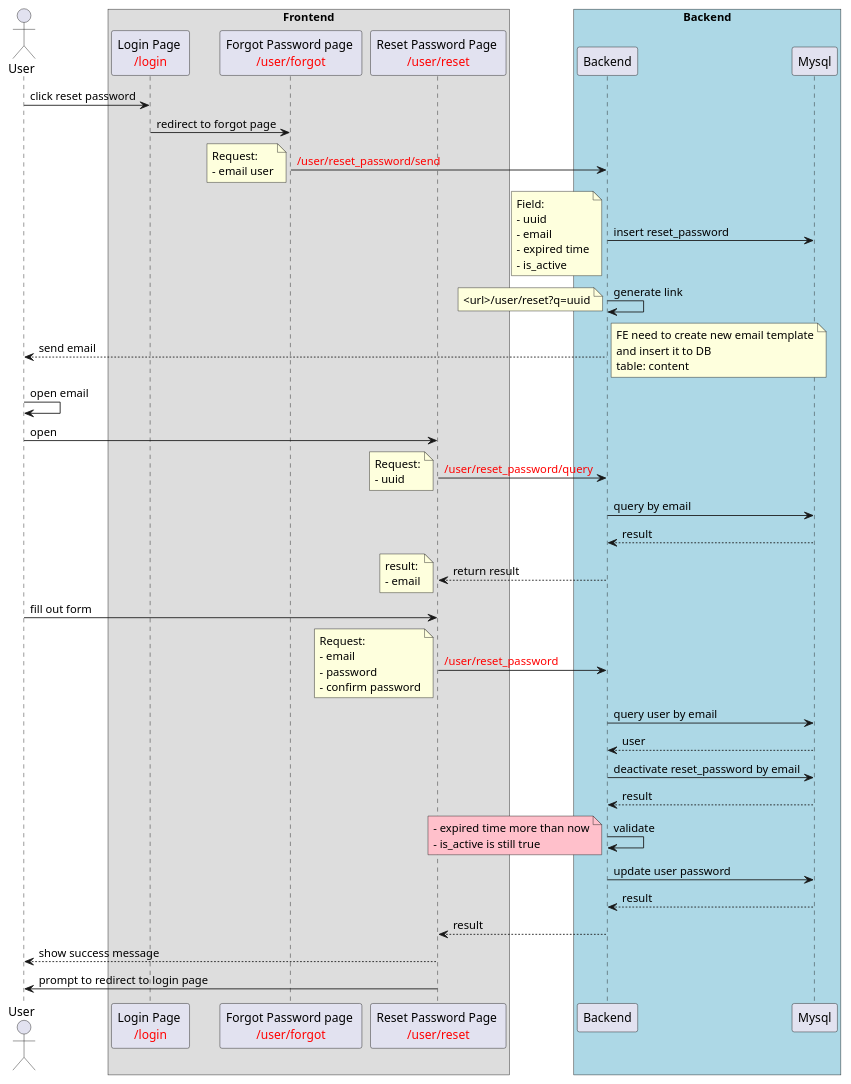
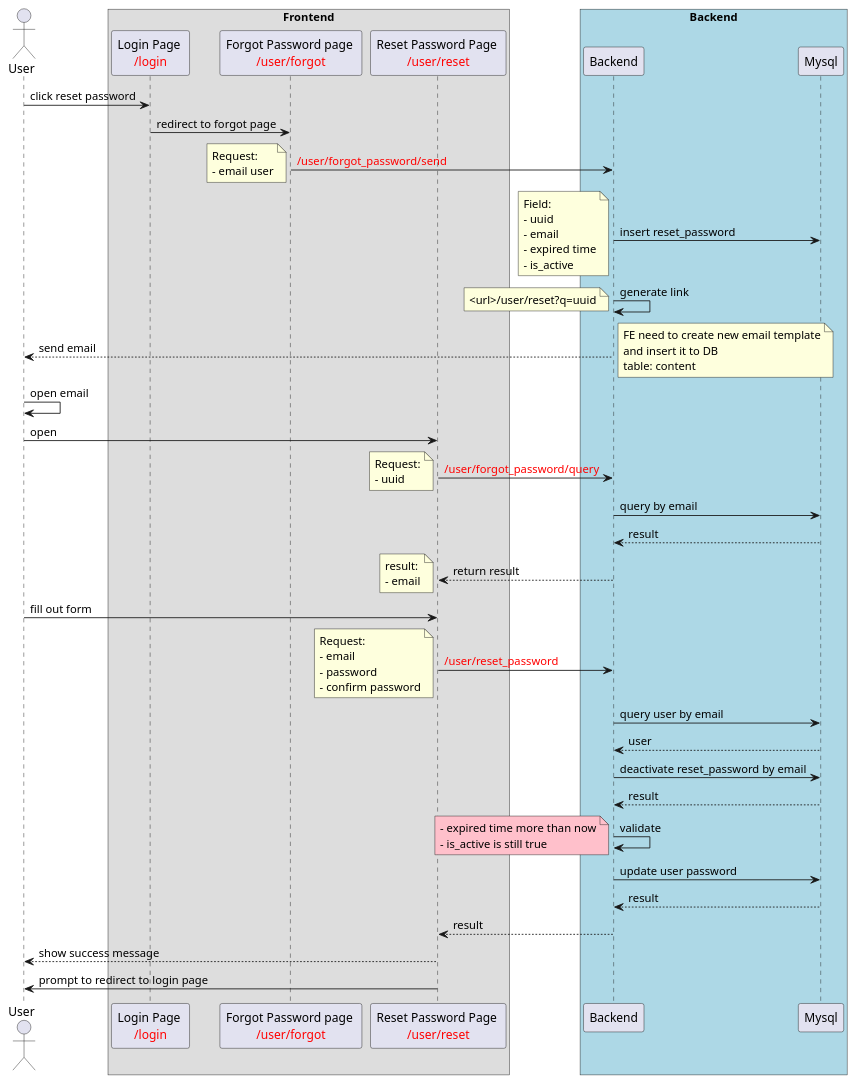
One commit to aldihsuhandi/skripsi-2023 changed the diagram in uml/flow user/forgot-reset password.pu. Above: the diagram before and after it, drawn with PlantUML. The commit also changed 3 other files, not shown here.

```diff
--- a/uml/flow user/forgot-reset password.pu
+++ b/uml/flow user/forgot-reset password.pu
@@ -1,78 +1,78 @@
 @startuml forgot - reset password user flow
 
 Actor User as u
 
 box "Frontend"
 Participant "Login Page \n<color:red>/login" as login
 Participant "Forgot Password page \n<color:red>/user/forgot" as forgot
 Participant "Reset Password Page \n<color:red>/user/reset" as reset
 end box
 
 box "Backend" #LightBlue
 Participant "Backend" as be
 Participant "Mysql" as db
 end box
 
 u -> login : click reset password
 login -> forgot : redirect to forgot page
-forgot -> be : <color:red>/user/reset_password/send
+forgot -> be : <color:red>/user/forgot_password/send
 note left
     Request:
     - email user
 end note
 be -> db : insert reset_password
 note left
     Field:
     - uuid
     - email
     - expired time
     - is_active
 end note
 be -> be : generate link
 note left
     <url>/user/reset?q=uuid
 end note
 u <-- be : send email
 note right
     FE need to create new email template
     and insert it to DB
     table: content
 end note
 u -> u : open email
 u -> reset : open
-reset -> be : <color:red>/user/reset_password/query
+reset -> be : <color:red>/user/forgot_password/query
 note left
     Request:
     - uuid
 end note
 be -> db : query by email
 return result
 reset <-- be : return result
 note left
     result: 
     - email
 end note
 u -> reset : fill out form
 reset -> be : <color:red>/user/reset_password
 note left
     Request:
     - email
     - password
     - confirm password
 end note
 be -> db : query user by email
 return user
 be -> db : deactivate reset_password by email
 return result
 be -> be : validate
 note left #Pink
     - expired time more than now
     - is_active is still true
 end note
 be -> db : update user password
 return result
 reset <-- be : result
 u <-- reset : show success message
 reset -> u : prompt to redirect to login page
 
 @enduml
```
